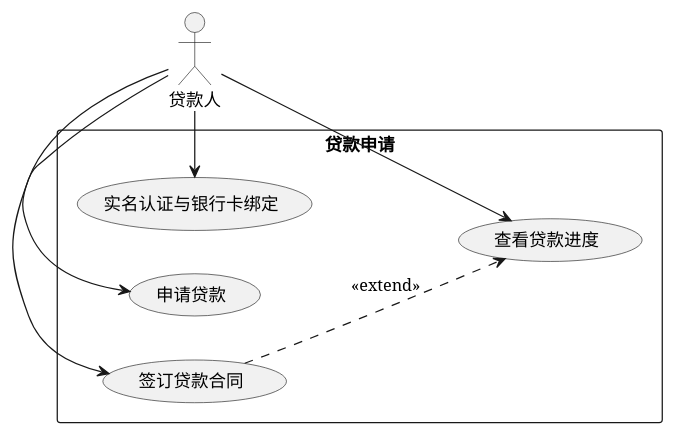
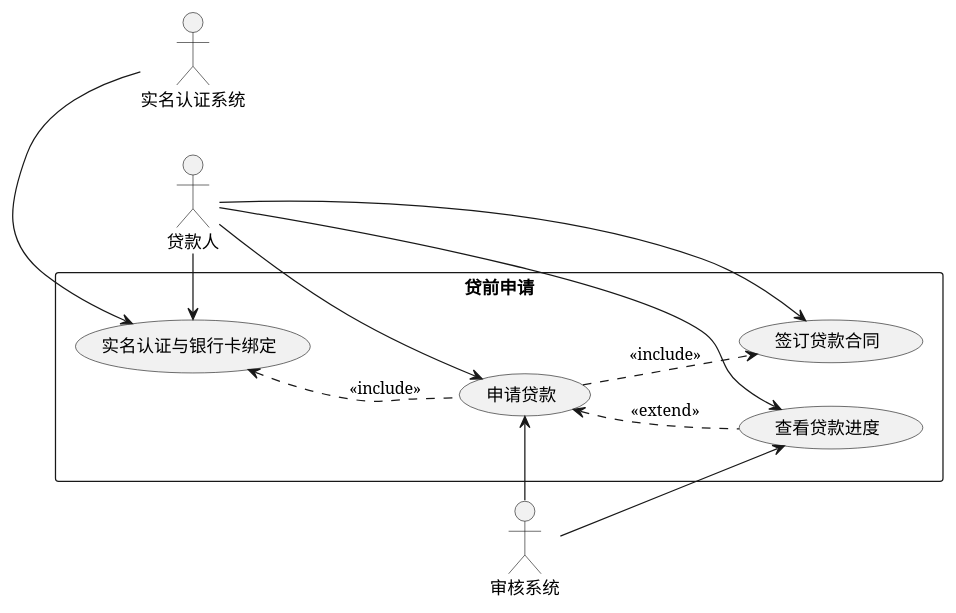
The diagram in 系统用例设计/用例图/贷前.pu (sam5053/Integrated-Design), drawn with PlantUML before and after one commit. The commit also changed 8 other files, not shown here.

Commit message:
修改了用例图

```diff
--- a/系统用例设计/用例图/贷前.pu
+++ b/系统用例设计/用例图/贷前.pu
@@ -1,20 +1,25 @@
-@startuml
+@startuml 贷前
 
 left to right direction
 actor 贷款人 as user
+actor 审核系统 as admin
+actor 实名认证系统 as Jack
 
-rectangle "贷款申请" as system {
+rectangle "贷前申请" as system {
     usecase "实名认证与银行卡绑定" as UC1
     usecase "申请贷款" as UC2
     usecase "签订贷款合同" as UC3
     usecase "查看贷款进度" as UC4
-    ' UC1 <.. UC2 : <<include>>
-    ' UC2 <.. UC3 : <<include>>
-    UC3 ..> UC4 : <<extend>>
+    UC1 <.. UC2 : <<include>>
+    UC2 ..> UC3 : <<include>>
+    UC2 <.. UC4 : <<extend>>
 }
 user -> UC1 
 user -> UC2
 user -> UC3
 user -> UC4
+admin -> UC2
+admin -> UC4
+Jack -> UC1
 
 @enduml
```
